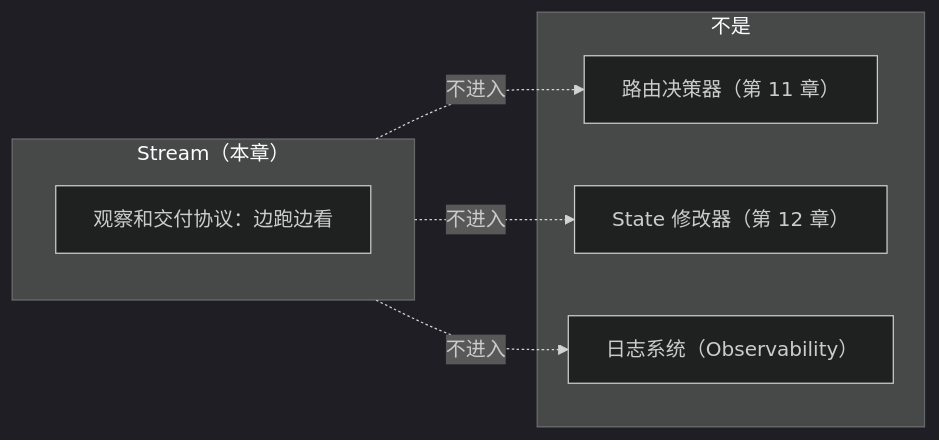
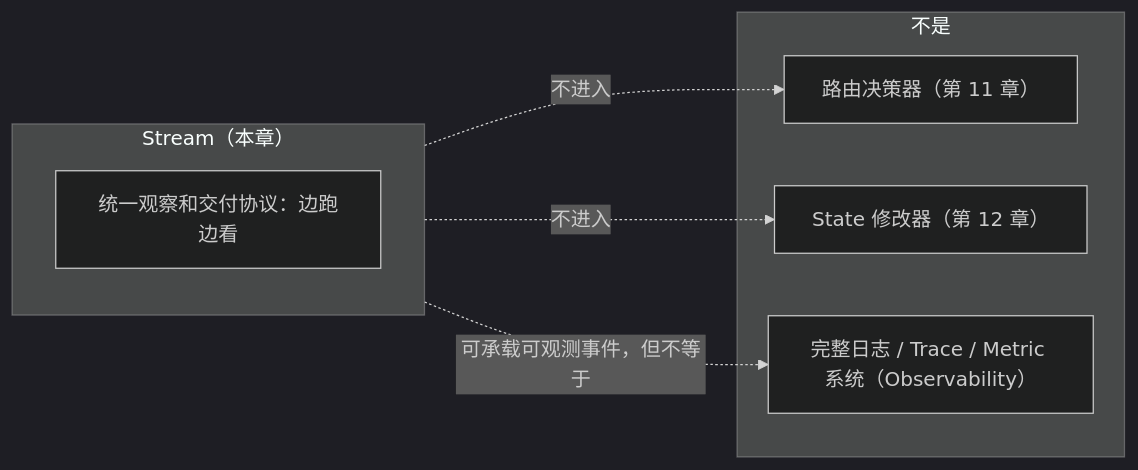
The second of 4 diagrams in docs/03-langgraph-core/ch16-stream.md (AnRun-M/enterprise-ai-agent-handbook), drawn with Mermaid (dark theme) before and after one commit. The commit also changed other lines of this file and 2 other files, not shown here.

````diff
--- a/docs/03-langgraph-core/ch16-stream.md
+++ b/docs/03-langgraph-core/ch16-stream.md
@@ -47,14 +59,14 @@
 ```mermaid
 flowchart LR
     subgraph ST["Stream（本章）"]
-        S1["观察和交付协议：边跑边看"]
+        S1["统一观察和交付协议：边跑边看"]
     end
     subgraph NOT["不是"]
         N1["路由决策器（第 11 章）"]
         N2["State 修改器（第 12 章）"]
-        N3["日志系统（Observability）"]
+        N3["完整日志 / Trace / Metric 系统（Observability）"]
     end
     ST -. "不进入" .-> N1
     ST -. "不进入" .-> N2
-    ST -. "不进入" .-> N3
+    ST -. "可承载可观测事件，但不等于" .-> N3
 ```
````
